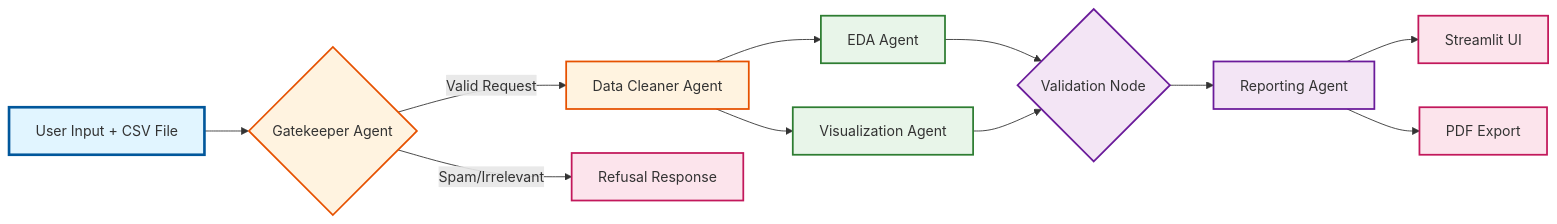
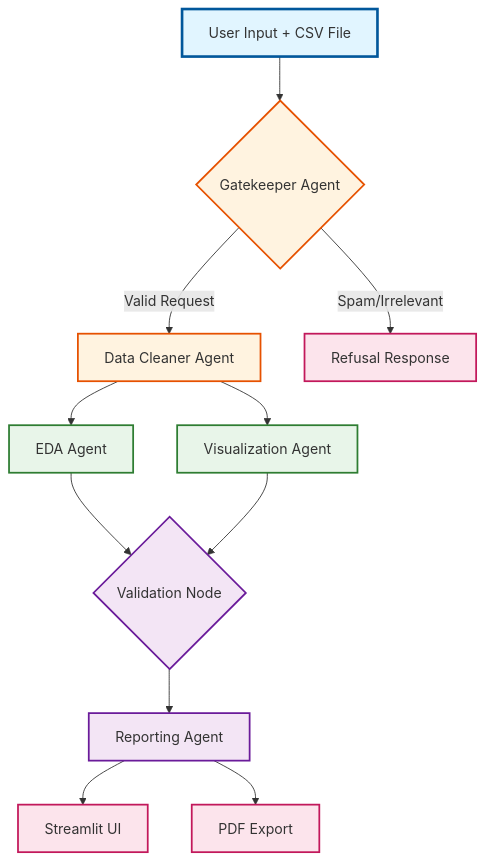
One commit to nggiabao19/intelligent-data-analyst-agent changed the diagram in README.md. Above: the diagram before and after it, drawn with Mermaid.

Commit message:
Change graph direction from LR to TD in README

````diff
--- a/README.md
+++ b/README.md
@@ -26,26 +26,26 @@
 ```mermaid
-graph LR
+graph TD 
     %% Define Styles
     classDef user fill:#e1f5ff,stroke:#01579b,stroke-width:3px
     classDef guard fill:#fff3e0,stroke:#e65100,stroke-width:2px
     classDef worker fill:#e8f5e9,stroke:#2e7d32,stroke-width:2px
     classDef manager fill:#f3e5f5,stroke:#6a1b9a,stroke-width:2px
     classDef output fill:#fce4ec,stroke:#c2185b,stroke-width:2px
 
     %% Main Flow
     A[User Input + CSV File]:::user --> B{Gatekeeper Agent}:::guard
     
     B -->|Valid Request| C[Data Cleaner Agent]:::guard
     B -->|Spam/Irrelevant| Z[Refusal Response]:::output
     
     C --> D[EDA Agent]:::worker
     C --> E[Visualization Agent]:::worker
     
     D --> F{Validation Node}:::manager
     E --> F
     
     F --> G[Reporting Agent]:::manager
     
     G --> H[Streamlit UI]:::output
     G --> I[PDF Export]:::output
 ```
````
